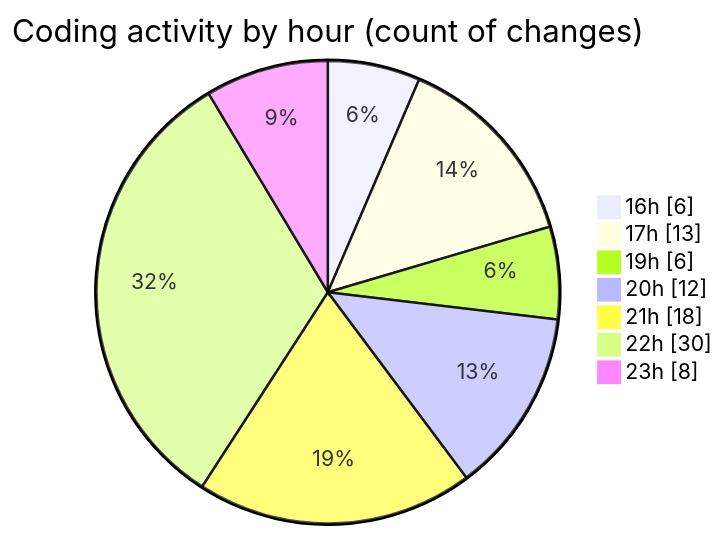
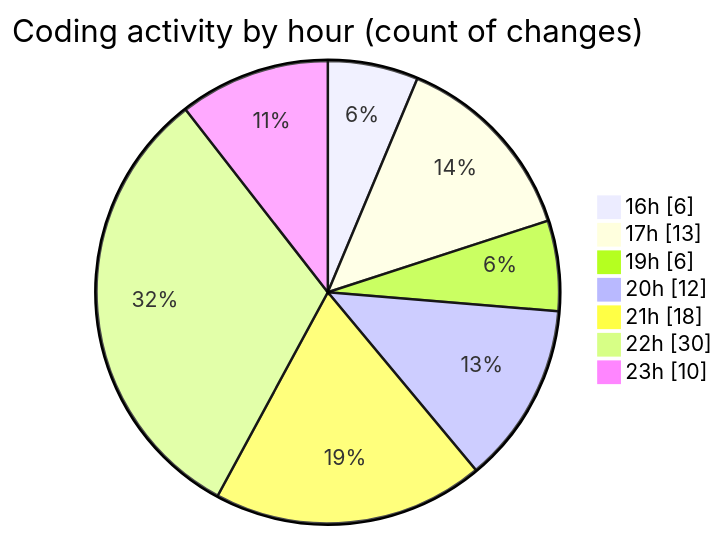
One commit to idhammustaqopulfikri/code-tracking changed the second of 2 diagrams in 2025-06-22/studio-backend/README.md. Above: the diagram before and after it, drawn with Mermaid. The commit also changed other lines of this file and 1 other file, not shown here.

````diff
--- a/2025-06-22/studio-backend/README.md
+++ b/2025-06-22/studio-backend/README.md
@@ -39,11 +39,11 @@
 ```mermaid
 pie showData
 title Coding activity by hour (count of changes)
 "16h" : 6
 "17h" : 13
 "19h" : 6
 "20h" : 12
 "21h" : 18
 "22h" : 30
-"23h" : 8
+"23h" : 10
 ```
````
